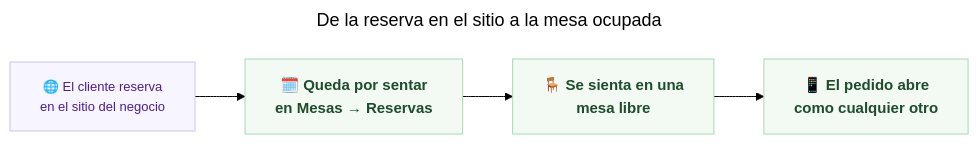
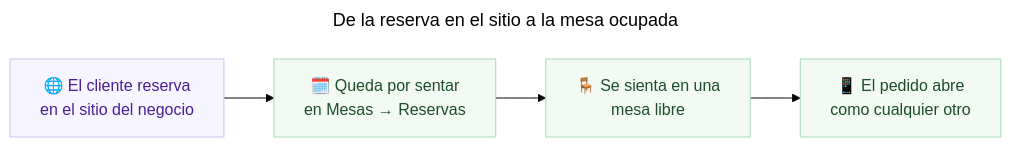
Before and after one commit to sotobotero/sotobotero-projects-docs: the second of 4 diagrams in ada/qa/guia-restaurante.md, drawn with Mermaid (forest theme). The commit also changed other lines of this file and 6 other files, not shown here.

````diff
--- a/ada/qa/guia-restaurante.md
+++ b/ada/qa/guia-restaurante.md
@@ -59,15 +59,15 @@
 ```mermaid
 ---
 title: De la reserva en el sitio a la mesa ocupada
 ---
 flowchart LR
     W["🌐 El cliente reserva<br/>en el sitio del negocio"]:::web
     L["🗓️ Queda por sentar<br/>en Mesas → Reservas"]:::paso
     S["🪑 Se sienta en una<br/>mesa libre"]:::paso
     O["📱 El pedido abre<br/>como cualquier otro"]:::paso
 
     W --> L --> S --> O
 
-    classDef web fill:#f7f5ff,stroke:#cfc3f2,stroke-width:1px,color:#4c1d95,font-size:13px
-    classDef paso fill:#f3faf4,stroke:#a7d9b4,stroke-width:1px,color:#1d4d2b,font-size:15px,font-weight:600
+    classDef web fill:#f7f5ff,stroke:#cfc3f2,stroke-width:1px,color:#4c1d95
+    classDef paso fill:#f3faf4,stroke:#a7d9b4,stroke-width:1px,color:#1d4d2b
 ```
````
